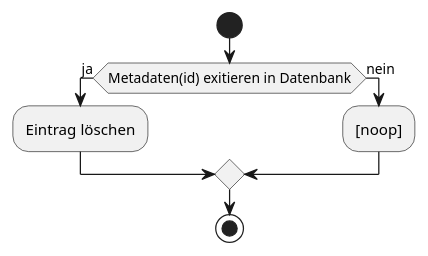
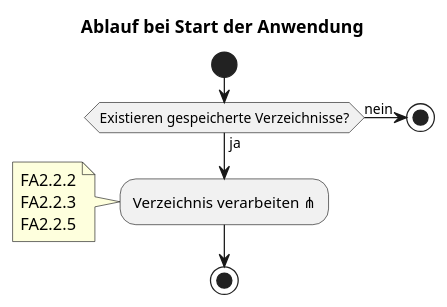
One commit to SoftwareEngineeringOne/wiki changed diagram 14 of 20 in wiki/topics/Inkremente/00/Anforderungsanalyse.md. Above: the diagram before and after it, drawn with PlantUML. The commit also changed other lines of this file, not shown here.

````diff
--- a/wiki/topics/Inkremente/00/Anforderungsanalyse.md
+++ b/wiki/topics/Inkremente/00/Anforderungsanalyse.md
@@ -509,11 +438,17 @@
 ```plantuml
 @startuml
+title Ablauf bei Start der Anwendung
 start
-if(Metadaten(id) exitieren in Datenbank) then (ja)
-    :Eintrag löschen;
-else (nein)
-    :[noop];
+if(Existieren gespeicherte Verzeichnisse?) then(ja)
+    :Verzeichnis verarbeiten ⋔;
+    note
+        FA2.2.2
+        FA2.2.3
+        FA2.2.5
+    end note
+    stop
+else(nein)
+stop
 endif
-stop
 @enduml
 ```
````
